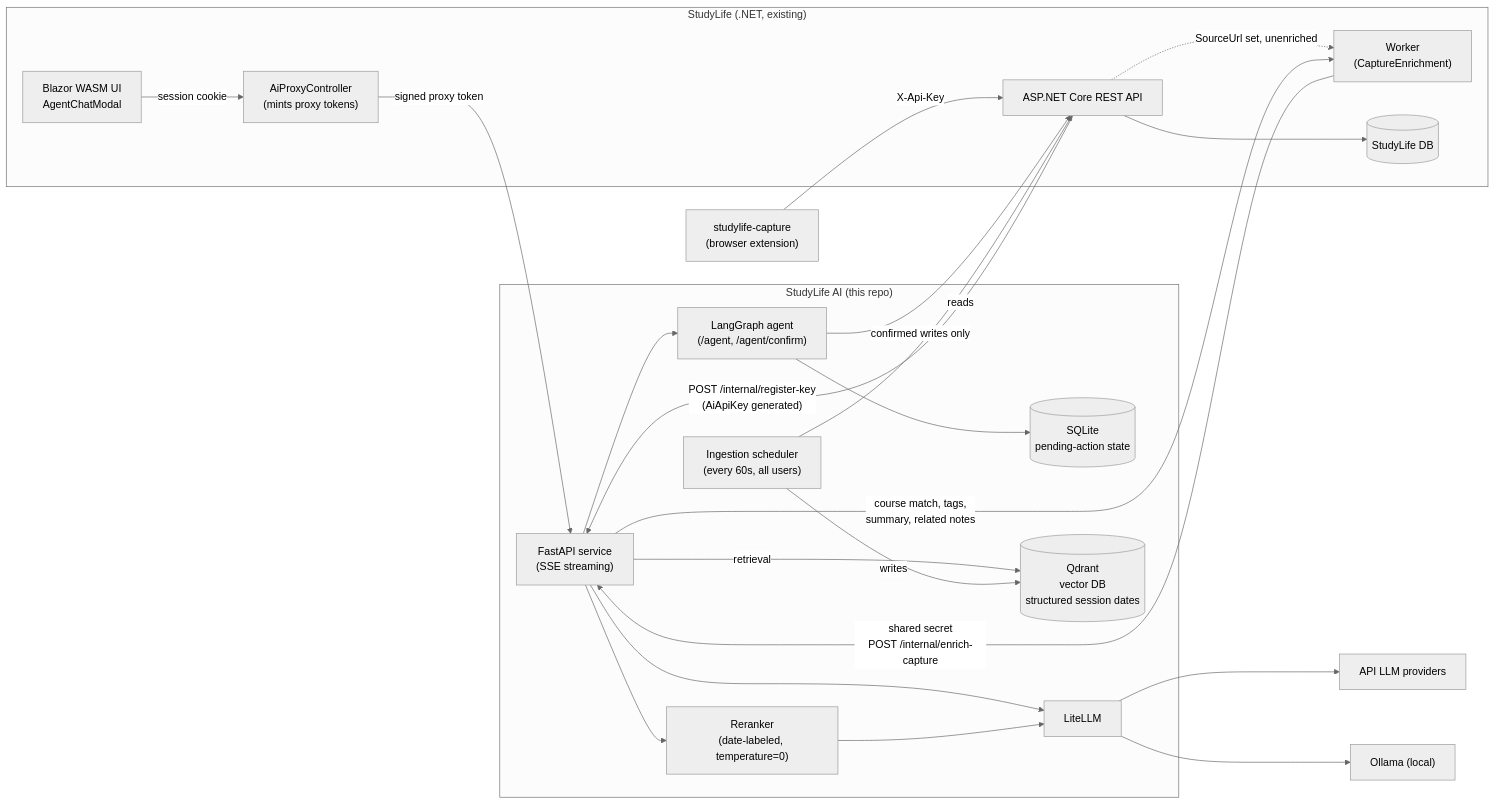
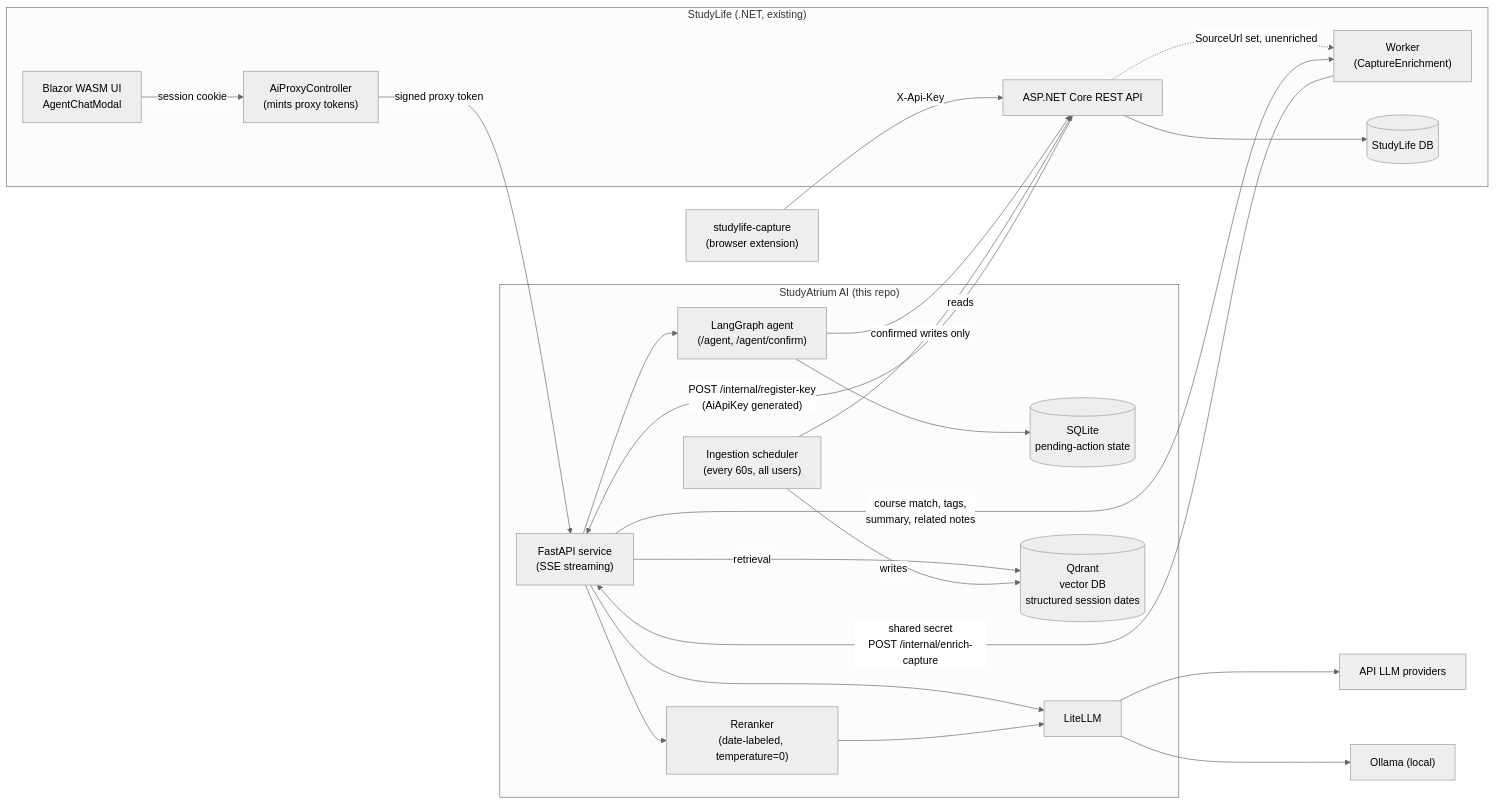
One commit to lukislp/studylife-ai changed the diagram in README.md. Above: the diagram before and after it, drawn with Mermaid (neutral theme). The commit also changed other lines of this file and 9 other files, not shown here.

Commit message:
fix(brand): rename the public product name to StudyAtrium (#322)

````diff
--- a/README.md
+++ b/README.md
@@ -28,45 +30,45 @@
 ```mermaid
 flowchart LR
     subgraph StudyLife["StudyLife (.NET, existing)"]
         BlazorUI["Blazor WASM UI\nAgentChatModal"]
         AiProxy["AiProxyController\n(mints proxy tokens)"]
         StudyLifeAPI["ASP.NET Core REST API"]
         CaptureWorker["Worker\n(CaptureEnrichment)"]
         StudyLifeDB[("StudyLife DB")]
     end
 
     Capture["studylife-capture\n(browser extension)"]
 
-    subgraph AI["StudyLife AI (this repo)"]
+    subgraph AI["StudyAtrium AI (this repo)"]
         FastAPI["FastAPI service\n(SSE streaming)"]
         Reranker["Reranker\n(date-labeled, temperature=0)"]
         Agent["LangGraph agent\n(/agent, /agent/confirm)"]
         Checkpoints[("SQLite\npending-action state")]
         LiteLLM["LiteLLM"]
         Qdrant[("Qdrant\nvector DB\nstructured session dates")]
         Scheduler["Ingestion scheduler\n(every 60s, all users)"]
     end
 
     LLMProviders["API LLM providers"]
     Ollama["Ollama (local)"]
 
     BlazorUI -- session cookie --> AiProxy
     AiProxy -- signed proxy token --> FastAPI
     StudyLifeAPI -- POST /internal/register-key\n(AiApiKey generated) --> FastAPI
     FastAPI --> LiteLLM
     FastAPI -- retrieval --> Qdrant
     FastAPI --> Reranker
     Reranker --> LiteLLM
     FastAPI --> Agent
     Agent --> Checkpoints
     Agent -- confirmed writes only --> StudyLifeAPI
     LiteLLM --> LLMProviders
     LiteLLM --> Ollama
     Scheduler -- reads --> StudyLifeAPI
     Scheduler -- writes --> Qdrant
     StudyLifeAPI --> StudyLifeDB
     Capture -- "X-Api-Key" --> StudyLifeAPI
     StudyLifeAPI -. "SourceUrl set, unenriched" .-> CaptureWorker
     CaptureWorker -- "shared secret\nPOST /internal/enrich-capture" --> FastAPI
     FastAPI -- "course match, tags,\nsummary, related notes" --> CaptureWorker
 ```
````
